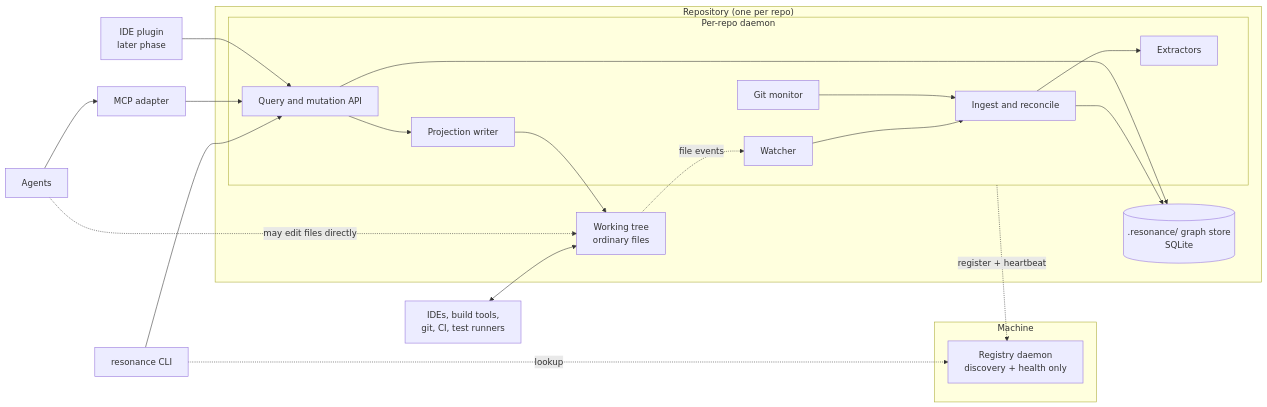
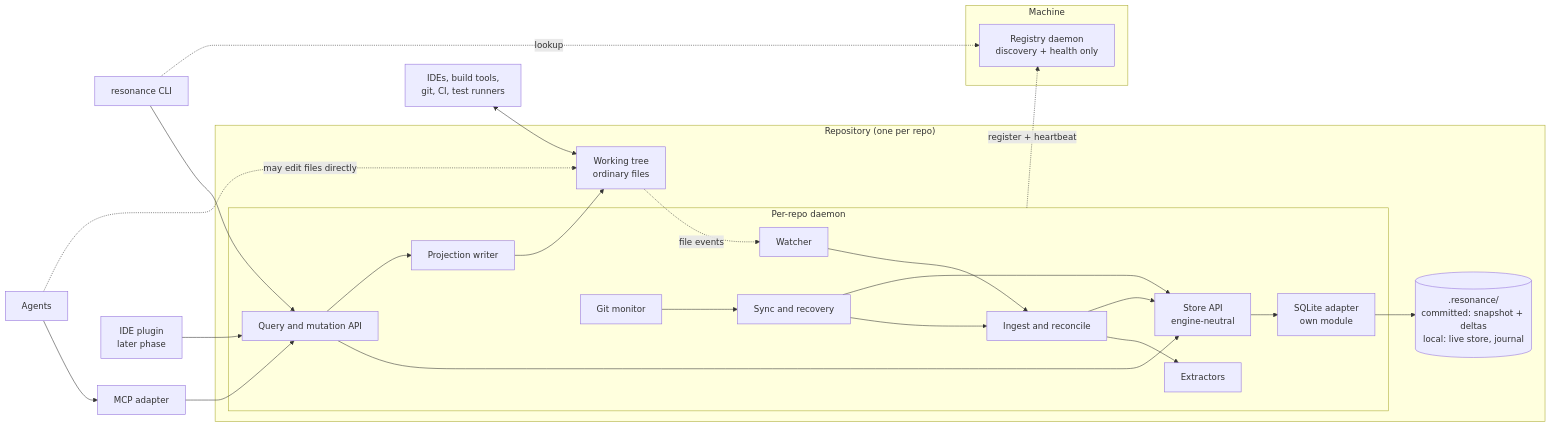
One commit to littlenag/resonance changed the diagram in section-7-architecture-overview.md. Above: the diagram before and after it, drawn with Mermaid. The commit also changed other lines of this file and 17 other files, not shown here.

````diff
--- a/section-7-architecture-overview.md
+++ b/section-7-architecture-overview.md
@@ -5,40 +5,47 @@
 ```mermaid
 flowchart LR
     subgraph Machine
         REG[Registry daemon<br/>discovery + health only]
     end
     subgraph Repo["Repository (one per repo)"]
         WT[Working tree<br/>ordinary files]
-        DB[(".resonance/ graph store<br/>SQLite")]
+        DB[(".resonance/<br/>committed: snapshot + deltas<br/>local: live store, journal")]
         subgraph D[Per-repo daemon]
             W[Watcher]
             I[Ingest and reconcile]
             P[Projection writer]
             G[Git monitor]
+            R[Sync and recovery]
             API[Query and mutation API]
             X[Extractors]
+            S[Store API<br/>engine-neutral]
+            SA[SQLite adapter<br/>own module]
         end
     end
     TOOLS[IDEs, build tools,<br/>git, CI, test runners]
     CLI[resonance CLI]
     MCP[MCP adapter]
     AG[Agents]
     IDEP[IDE plugin<br/>later phase]
 
     TOOLS <--> WT
     W --> I
     WT -.file events.-> W
     I --> X
-    I --> DB
+    I --> S
     P --> WT
-    G --> I
-    API --> DB
+    G --> R
+    R --> I
+    R --> S
+    API --> S
     API --> P
+    S --> SA
+    SA --> DB
     CLI --> API
     MCP --> API
     AG --> MCP
     AG -.may edit files directly.-> WT
     IDEP --> API
     D -.register + heartbeat.-> REG
     CLI -.lookup.-> REG
 ```
````
